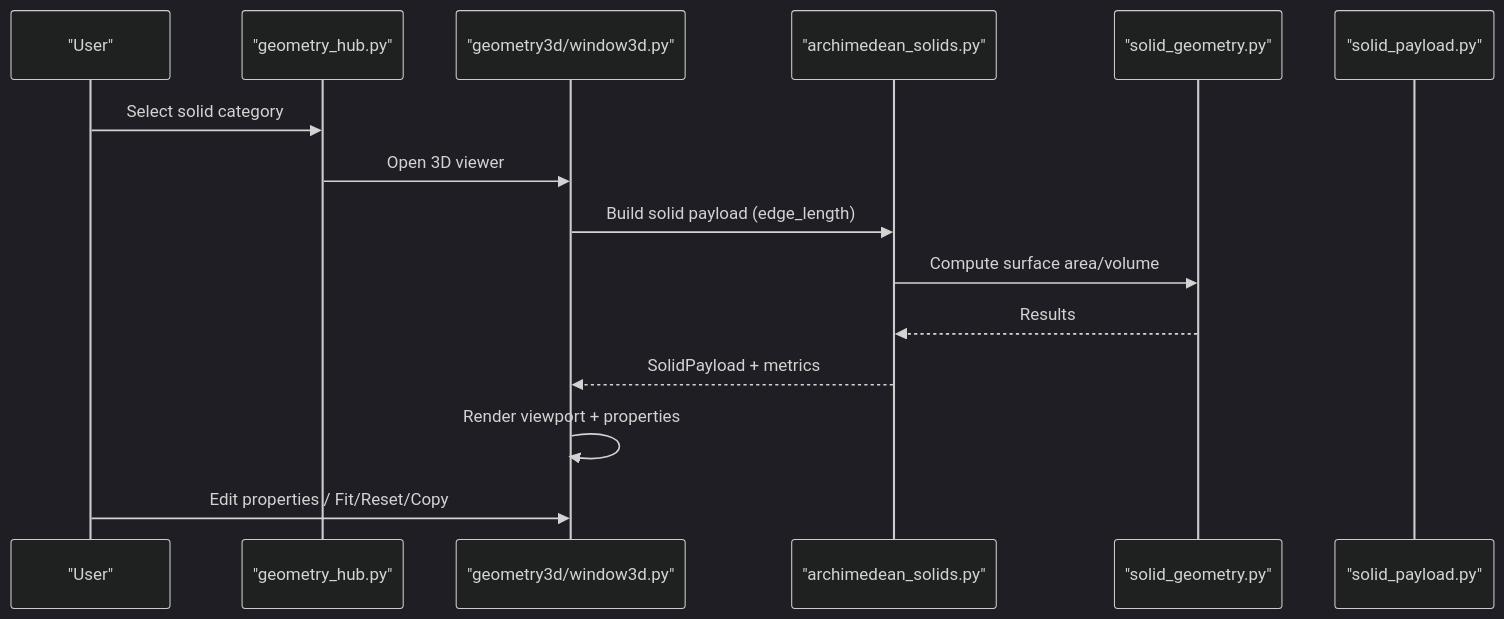
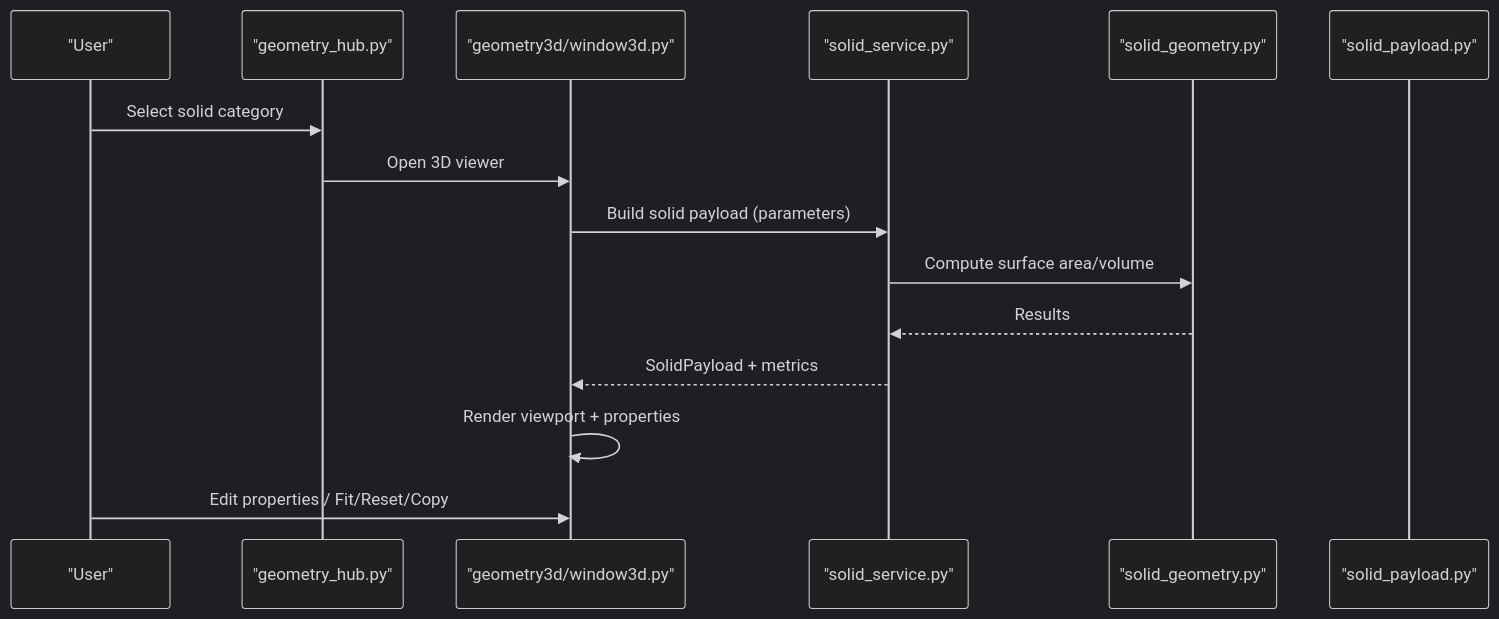
Before and after one commit to TheDaniel166/IsopGem: the fourth of 8 diagrams in .qoder/repowiki/en/content/Architecture Overview/Pillar-Based Architecture/Geometry Pillar/Geometry Pillar.md, drawn with Mermaid (dark theme). The commit also changed other lines of this file and 29 other files, not shown here.

````diff
--- a/.qoder/repowiki/en/content/Architecture Overview/Pillar-Based Architecture/Geometry Pillar/Geometry Pillar.md
+++ b/.qoder/repowiki/en/content/Architecture Overview/Pillar-Based Architecture/Geometry Pillar/Geometry Pillar.md
@@ -259,17 +334,17 @@
 ```mermaid
 sequenceDiagram
 participant User as "User"
 participant Hub as "geometry_hub.py"
 participant W3D as "geometry3d/window3d.py"
-participant Service as "archimedean_solids.py"
+participant Service as "solid_service.py"
 participant Math as "solid_geometry.py"
 participant Payload as "solid_payload.py"
 User->>Hub : Select solid category
 Hub->>W3D : Open 3D viewer
-W3D->>Service : Build solid payload (edge_length)
+W3D->>Service : Build solid payload (parameters)
 Service->>Math : Compute surface area/volume
 Math-->>Service : Results
 Service-->>W3D : SolidPayload + metrics
 W3D->>W3D : Render viewport + properties
 User->>W3D : Edit properties / Fit/Reset/Copy
 ```
````
